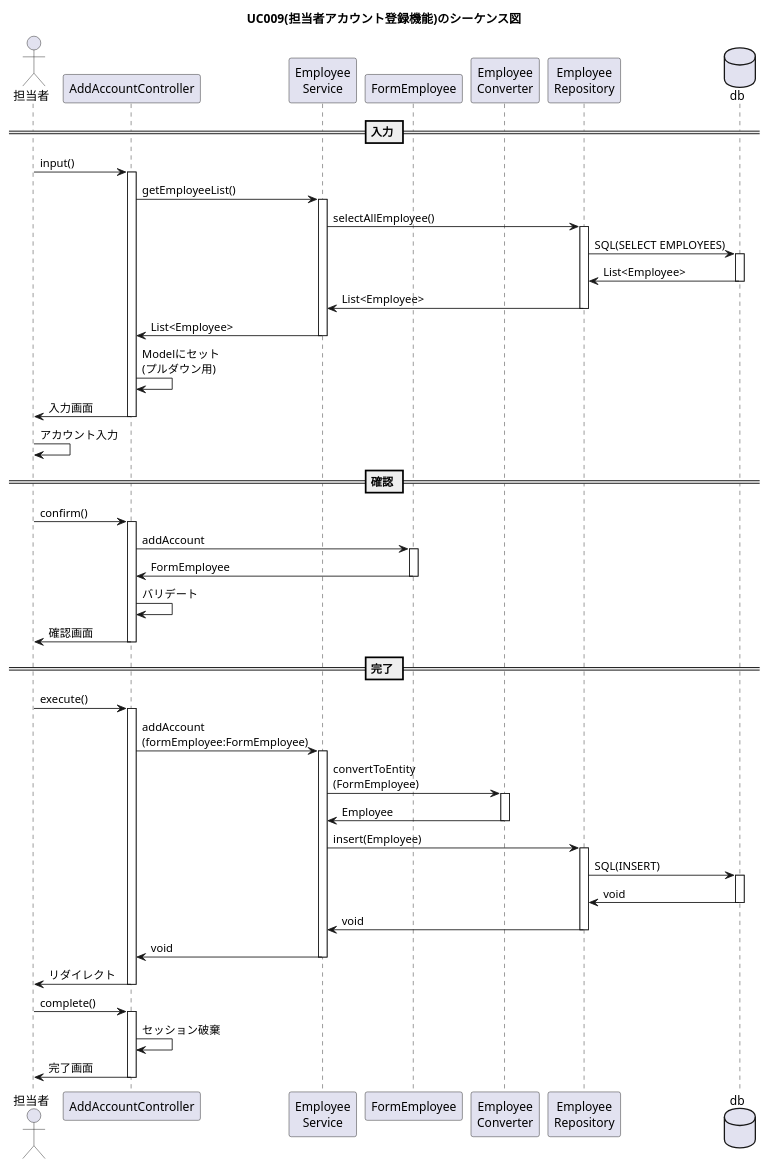
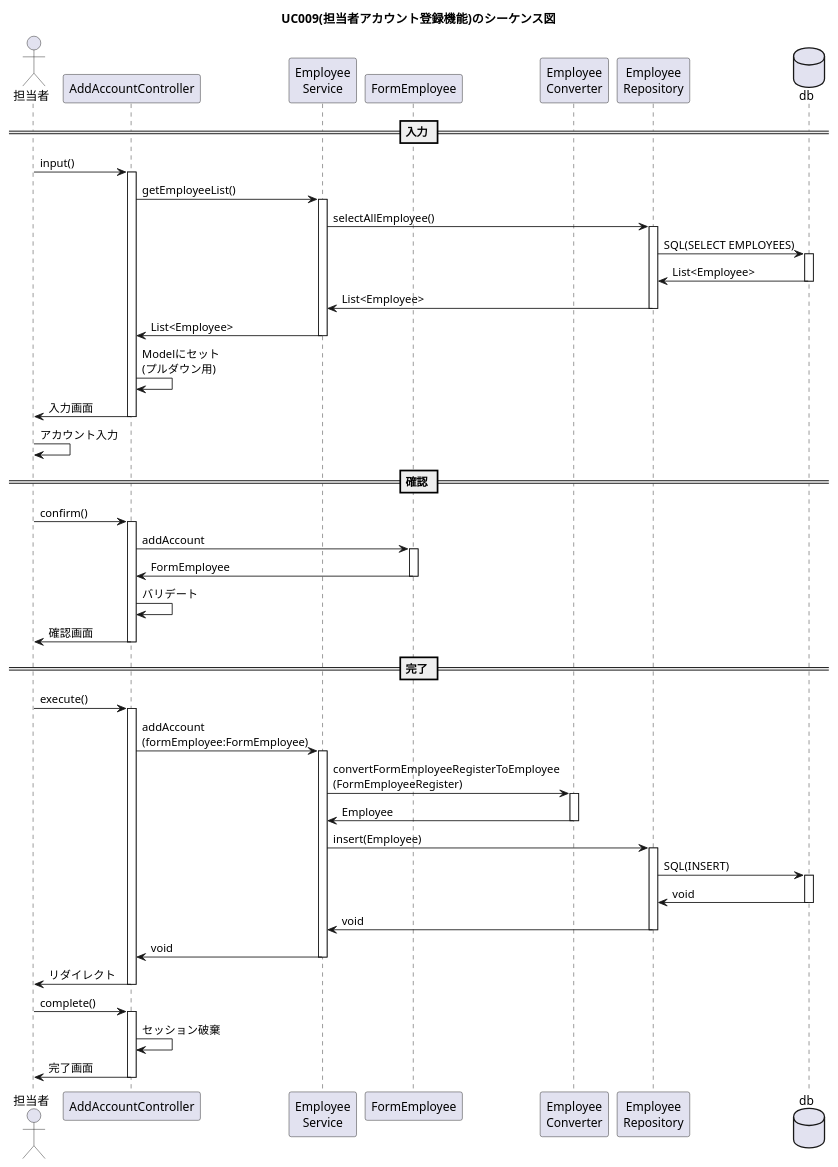
The diagram in plan/uml/sequence/uc009.plantuml (kanavii3333/ec-b), drawn with PlantUML before and after one commit. The commit also changed 6 other files, not shown here.

Commit message:
シーケンス図修正　helper form関連

```diff
--- a/plan/uml/sequence/uc009.plantuml
+++ b/plan/uml/sequence/uc009.plantuml
@@ -1,42 +1,42 @@
 @startuml
 
 title UC009(担当者アカウント登録機能)のシーケンス図
 actor "担当者" as user
 participant "AddAccountController" as controller
 participant "Employee\nService" as service
 participant "FormEmployee" as form
 participant "Employee\nConverter" as helper
 participant "Employee\nRepository" as repository
 database "db" as db
  == 入力 ==
 user -> controller++:input()
 controller -> service++:getEmployeeList()
 service -> repository++:selectAllEmployee()
 repository -> db++:SQL(SELECT EMPLOYEES)
 db -> repository--:List<Employee>
 repository -> service--:List<Employee>
 service -> controller--:List<Employee>
 controller -> controller:Modelにセット\n(プルダウン用)
 controller -> user--:入力画面
 user -> user:アカウント入力 
  == 確認 ==
 user -> controller++:confirm()
 controller -> form++:addAccount
 form -> controller--:FormEmployee
 controller -> controller:バリデート
 controller -> user--:確認画面
  == 完了 ==
 user -> controller++:execute()
 controller -> service++:addAccount\n(formEmployee:FormEmployee)
-service -> helper++:convertToEntity\n(FormEmployee)
+service -> helper++:convertFormEmployeeRegisterToEmployee\n(FormEmployeeRegister)
 helper -> service--:Employee
 service -> repository++:insert(Employee)
 repository -> db++:SQL(INSERT)
 db -> repository--:void
 repository -> service--:void
 service -> controller--:void
 controller -> user--:リダイレクト
 user -> controller++:complete()
 controller -> controller:セッション破棄
 controller -> user--:完了画面
 @enduml
```
